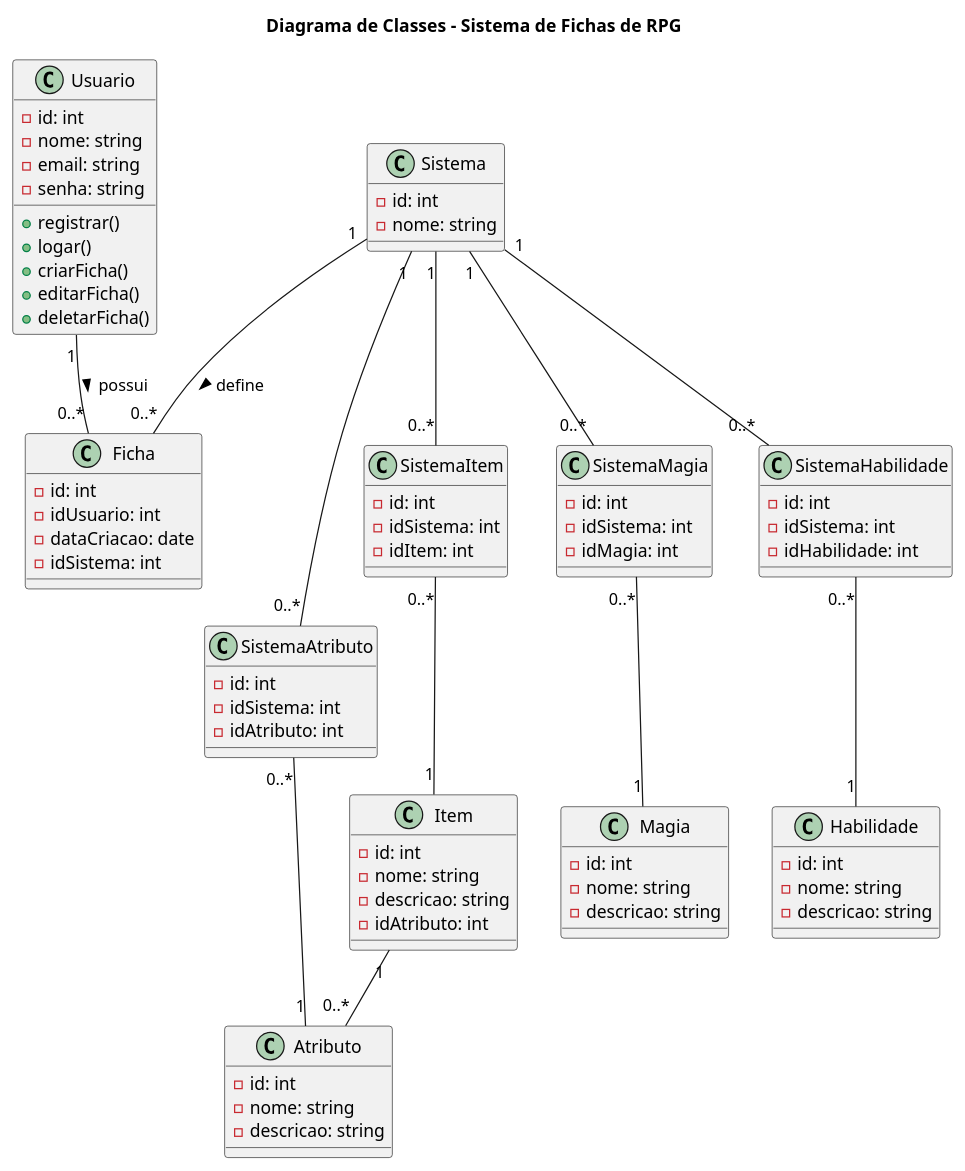
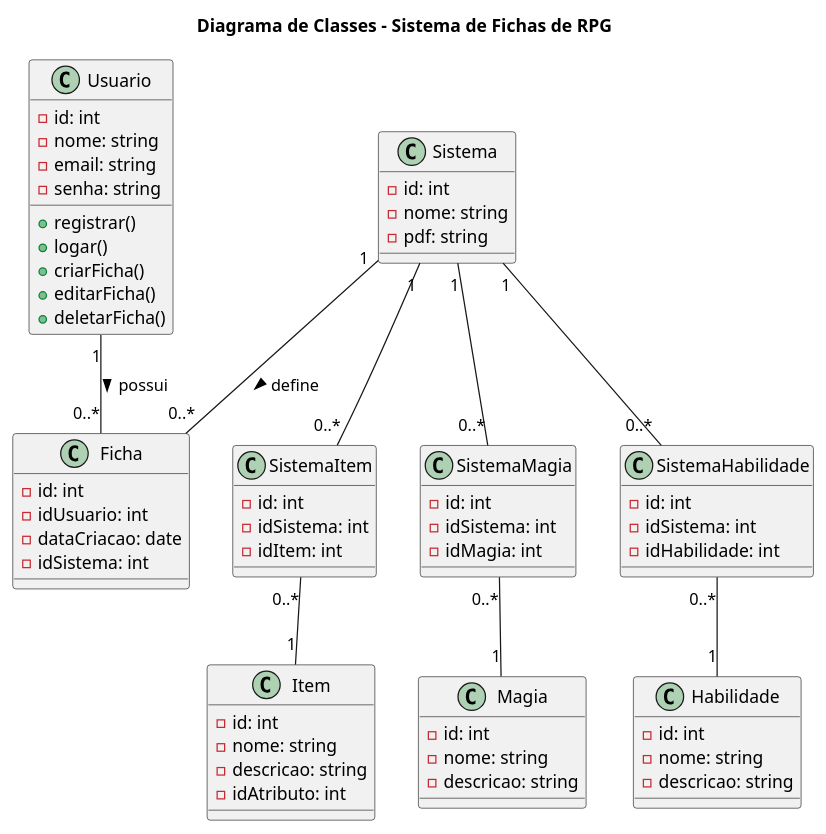
The diagram in Diagrama de Classe.plantuml (iandemedeiros/GenFicha), drawn with PlantUML before and after one commit. The commit also changed 1 other file, not shown here.

```diff
--- a/Diagrama de Classe.plantuml
+++ b/Diagrama de Classe.plantuml
@@ -1,99 +1,90 @@
 @startuml
 
 title Diagrama de Classes - Sistema de Fichas de RPG
 
 ' Agrupamento de classes de usuário e ficha
 class Usuario {
   - id: int
   - nome: string
   - email: string
   - senha: string
   + registrar()
   + logar()
   + criarFicha()
   + editarFicha()
   + deletarFicha()
 }
 
 class Ficha {
   - id: int
   - idUsuario: int
   - dataCriacao: date
   - idSistema: int
 }
 
 ' Agrupamento de classes de sistema e características
 class Sistema {
   - id: int
   - nome: string
+  - pdf: string
 }
 
-class Atributo {
-  - id: int
-  - nome: string
-  - descricao: string
-}
+
 
 class Item {
   - id: int
   - nome: string
   - descricao: string
   -idAtributo: int
 }
 
 class Magia {
   - id: int
   - nome: string
   - descricao: string
 }
 
 class Habilidade {
   - id: int
   - nome: string
   - descricao: string
 }
 
-' Agrupamento de classes de associação
-class SistemaAtributo {
-  - id: int
-  - idSistema: int
-  - idAtributo: int
-}
+
 
 class SistemaItem {
   - id: int
   - idSistema: int
   - idItem: int
 }
 
 class SistemaMagia {
   - id: int
   - idSistema: int
   - idMagia: int
 }
 
 class SistemaHabilidade {
   - id: int
   - idSistema: int
   - idHabilidade: int
 }
 
 ' Definição das relações
 Usuario "1" -- "0..*" Ficha : possui >
 Sistema "1" -- "0..*" Ficha : define >
 
 ' Relacionamentos entre Sistema e as classes de características (via classes de associação)
-Sistema "1" -- "0..*" SistemaAtributo
-SistemaAtributo "0..*" -- "1" Atributo
+
 
 Sistema "1" -- "0..*" SistemaItem
 SistemaItem "0..*" -- "1" Item
 
 Sistema "1" -- "0..*" SistemaMagia
 SistemaMagia "0..*" -- "1" Magia
 
 Sistema "1" -- "0..*" SistemaHabilidade
 SistemaHabilidade "0..*" -- "1" Habilidade
-Item "1" -- "0..*" Atributo
+
 
 @enduml
```
